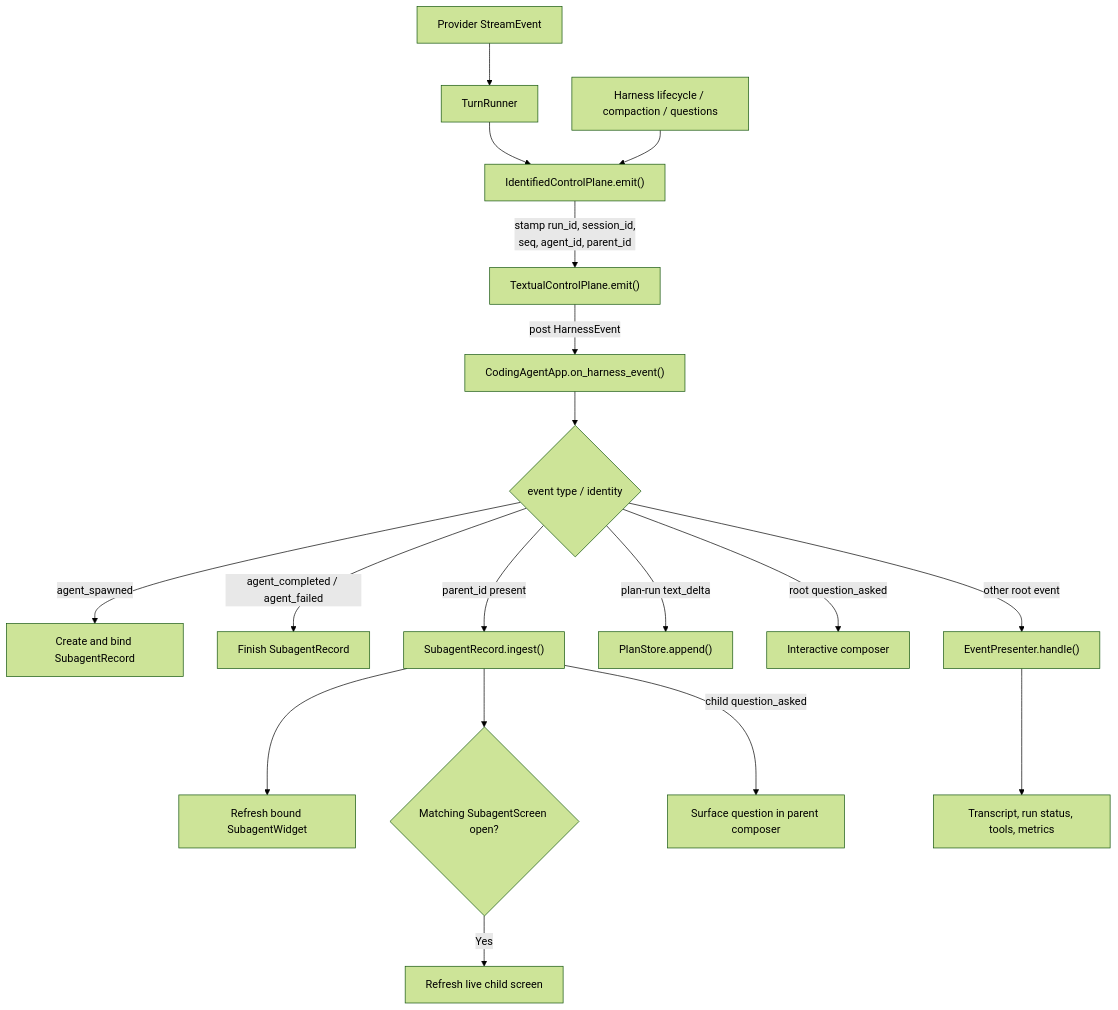
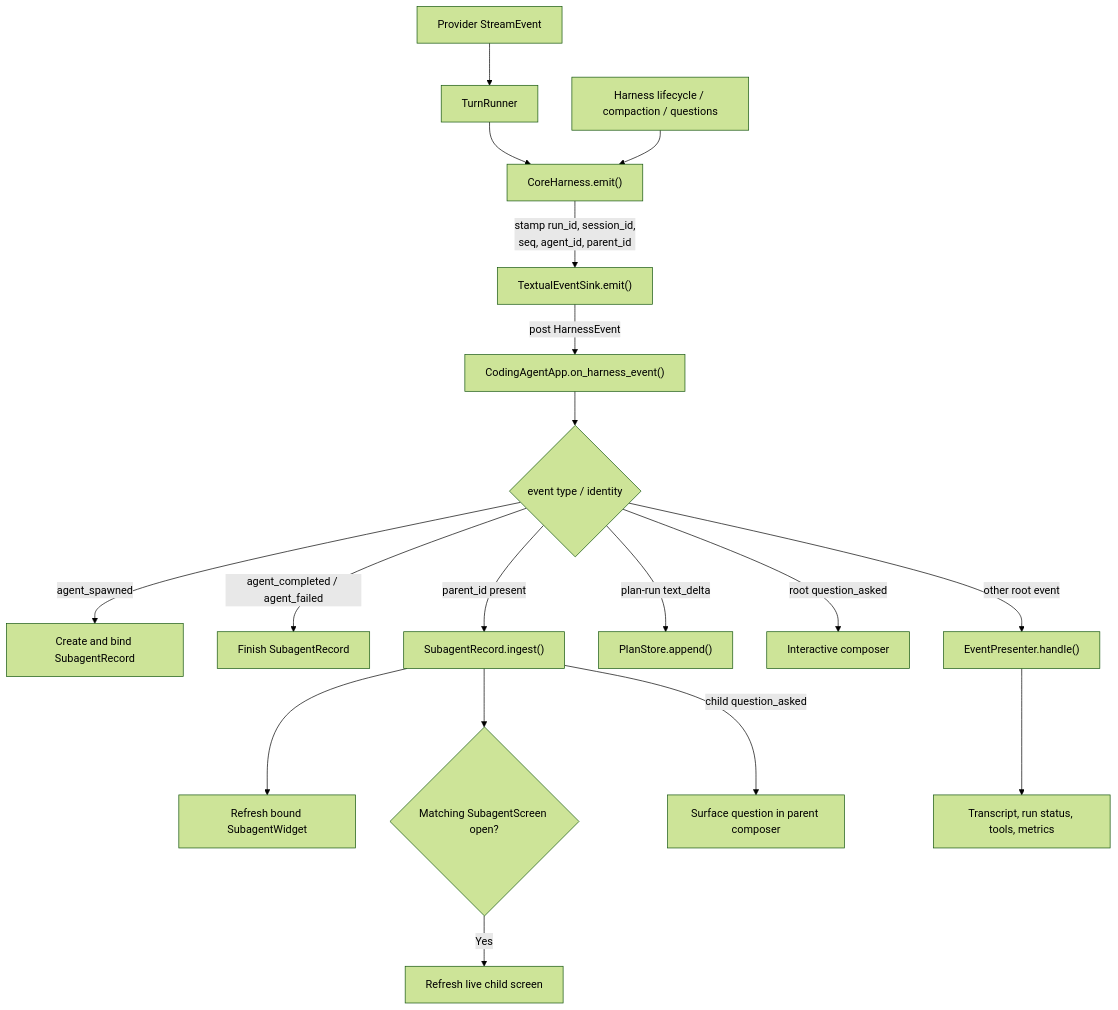
One commit to Sarthakischauhan/symphony changed the third of 4 diagrams in coding_agent/TUI_ARCHITECTURE.md. Above: the diagram before and after it, drawn with Mermaid (forest theme). The commit also changed other lines of this file and 63 other files, not shown here.

Commit message:
refactor: clean up event and runtime architecture

````diff
--- a/coding_agent/TUI_ARCHITECTURE.md
+++ b/coding_agent/TUI_ARCHITECTURE.md
@@ -151,22 +151,22 @@
 ```mermaid
 flowchart TD
     PROVIDER["Provider StreamEvent"] --> TURN["TurnRunner"]
-    TURN --> IDENT["IdentifiedControlPlane.emit()"]
+    TURN --> IDENT["CoreHarness.emit()"]
     STATE["Harness lifecycle / compaction / questions"] --> IDENT
-    IDENT -->|"stamp run_id, session_id,<br/>seq, agent_id, parent_id"| TEXTUAL["TextualControlPlane.emit()"]
+    IDENT -->|"stamp run_id, session_id,<br/>seq, agent_id, parent_id"| TEXTUAL["TextualEventSink.emit()"]
     TEXTUAL -->|"post HarnessEvent"| ROUTER["CodingAgentApp.on_harness_event()"]
 
     ROUTER --> SPAWN{"event type / identity"}
     SPAWN -->|"agent_spawned"| REGISTER["Create and bind SubagentRecord"]
     SPAWN -->|"agent_completed / agent_failed"| FINISH["Finish SubagentRecord"]
     SPAWN -->|"parent_id present"| CHILD["SubagentRecord.ingest()"]
     SPAWN -->|"plan-run text_delta"| PLAN["PlanStore.append()"]
     SPAWN -->|"root question_asked"| QUESTION["Interactive composer"]
     SPAWN -->|"other root event"| PRESENTER["EventPresenter.handle()"]
 
     CHILD --> CARD["Refresh bound SubagentWidget"]
     CHILD --> SCREEN{"Matching SubagentScreen open?"}
     SCREEN -- Yes --> REFRESH["Refresh live child screen"]
     CHILD -->|"child question_asked"| CHILDQUESTION["Surface question in parent composer"]
     PRESENTER --> UI["Transcript, run status, tools, metrics"]
 ```
````
